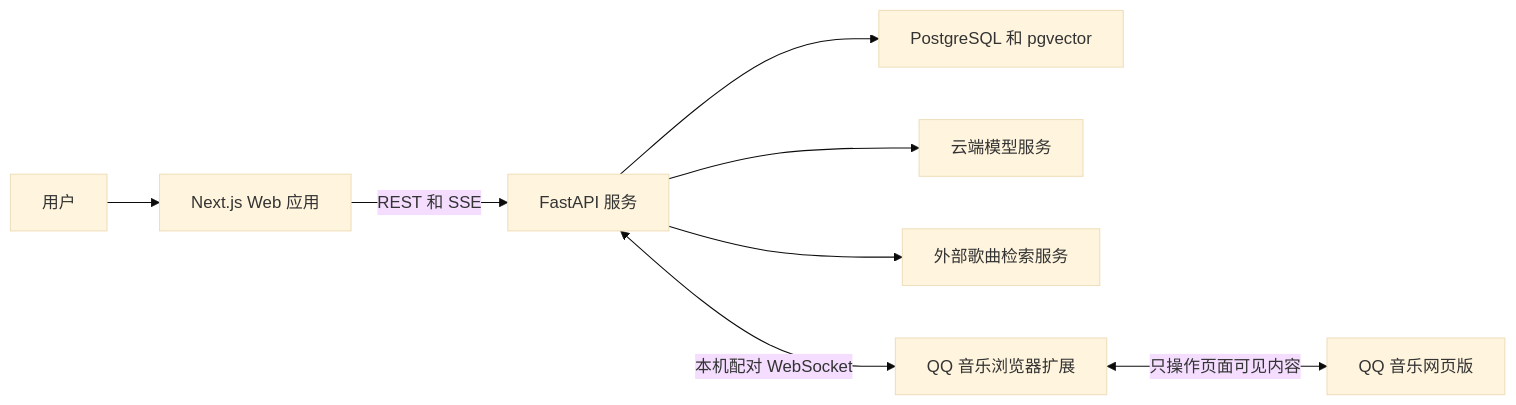
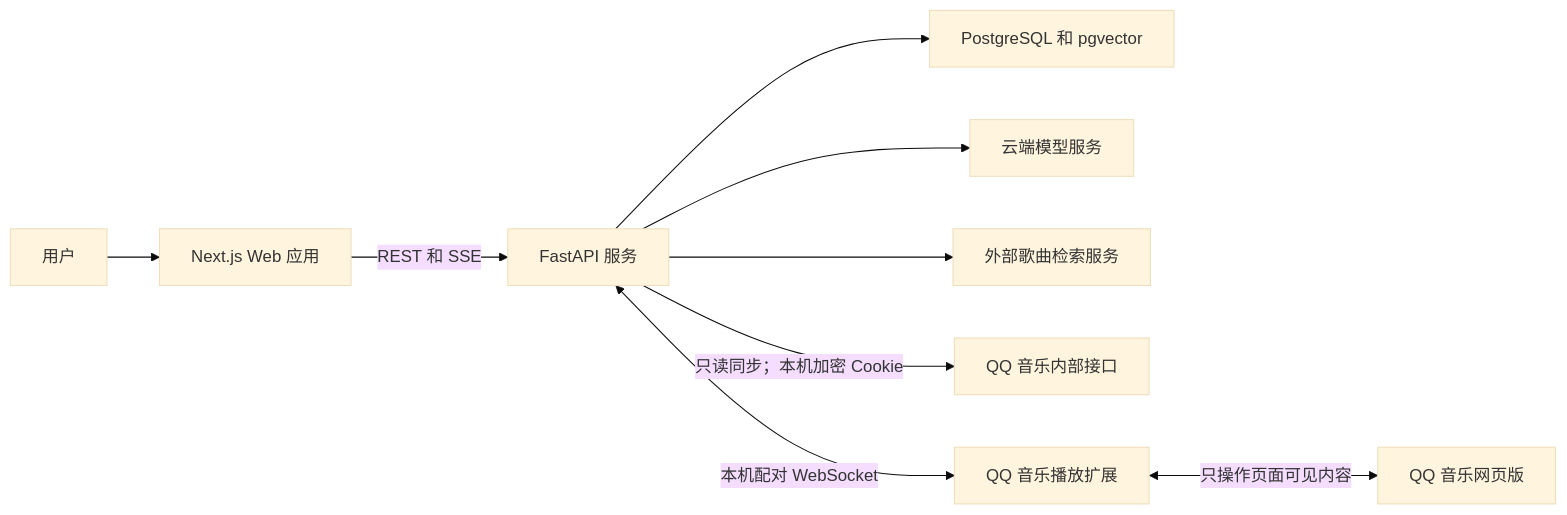
One commit to Chandler-h-blake/mood-music changed the diagram in README.md. Above: the diagram before and after it, drawn with Mermaid (base theme). The commit also changed other lines of this file and 12 other files, not shown here.

Commit message:
docs(architecture): adopt local cookie library sync

````diff
--- a/README.md
+++ b/README.md
@@ -69,10 +70,11 @@
 ```mermaid
 flowchart LR
     U["用户"] --> W["Next.js Web 应用"]
     W -->|"REST 和 SSE"| A["FastAPI 服务"]
     A --> D["PostgreSQL 和 pgvector"]
     A --> M["云端模型服务"]
     A --> S["外部歌曲检索服务"]
-    A <-->|"本机配对 WebSocket"| E["QQ 音乐浏览器扩展"]
+    A -->|"只读同步；本机加密 Cookie"| QAPI["QQ 音乐内部接口"]
+    A <-->|"本机配对 WebSocket"| E["QQ 音乐播放扩展"]
     E <-->|"只操作页面可见内容"| Q["QQ 音乐网页版"]
 ```
````
